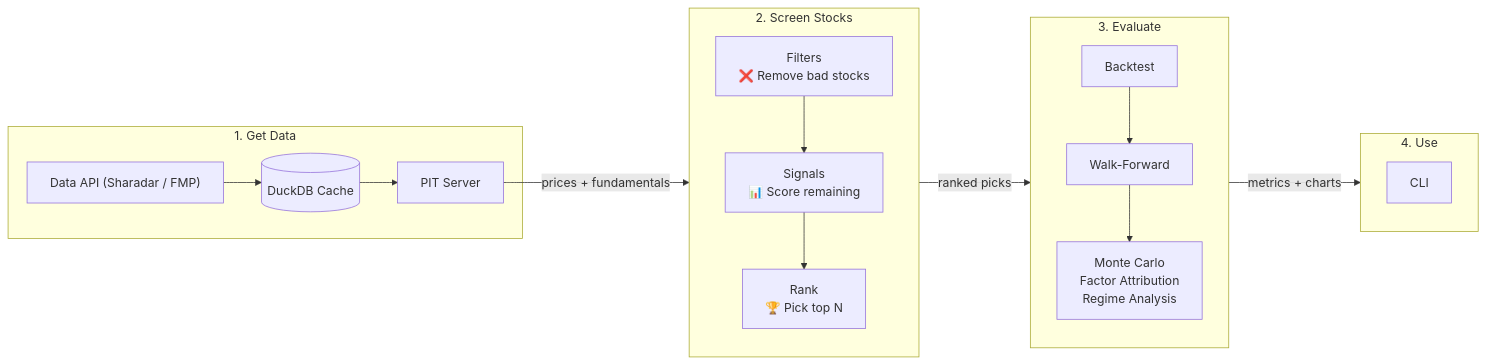
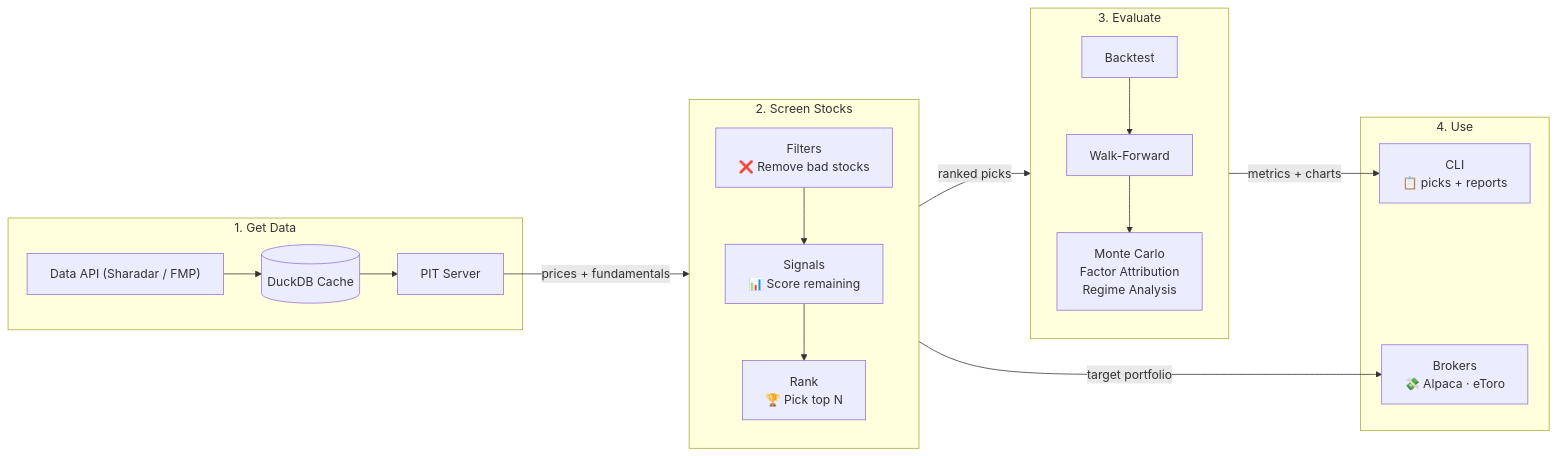
Before and after one commit to jamesjxliao/yass: the diagram in README.md, drawn with Mermaid.

Commit message:
README diagram: add the broker-rebalance leg to the flow

````diff
--- a/README.md
+++ b/README.md
@@ -15,27 +15,29 @@
 ```mermaid
 flowchart LR
     subgraph DATA["1. Get Data"]
         API["Data API (Sharadar / FMP)"] --> CACHE[(DuckDB Cache)]
         CACHE --> PIT[PIT Server]
     end
 
     subgraph SCREEN["2. Screen Stocks"]
         direction TB
         FILT["Filters\n❌ Remove bad stocks"] --> SIG["Signals\n📊 Score remaining"]
         SIG --> RANK["Rank\n🏆 Pick top N"]
     end
 
     subgraph TEST["3. Evaluate"]
         direction TB
         BT[Backtest] --> WF[Walk-Forward]
         WF --> EVAL["Monte Carlo\nFactor Attribution\nRegime Analysis"]
     end
 
     subgraph USE["4. Use"]
-        CLI[CLI]
+        CLI["CLI\n📋 picks + reports"]
+        TRADE["Brokers\n💸 Alpaca · eToro"]
     end
 
     PIT -->|prices + fundamentals| SCREEN
     SCREEN -->|ranked picks| TEST
-    TEST -->|metrics + charts| USE
+    TEST -->|metrics + charts| CLI
+    SCREEN -->|target portfolio| TRADE
 ```
````
